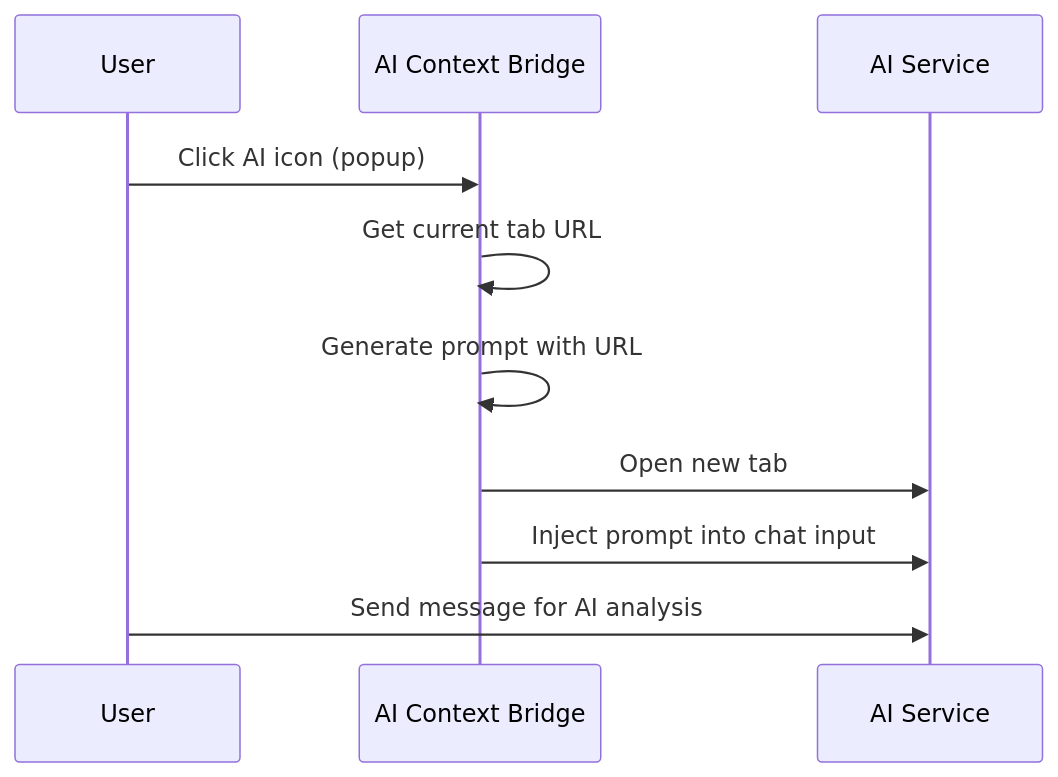
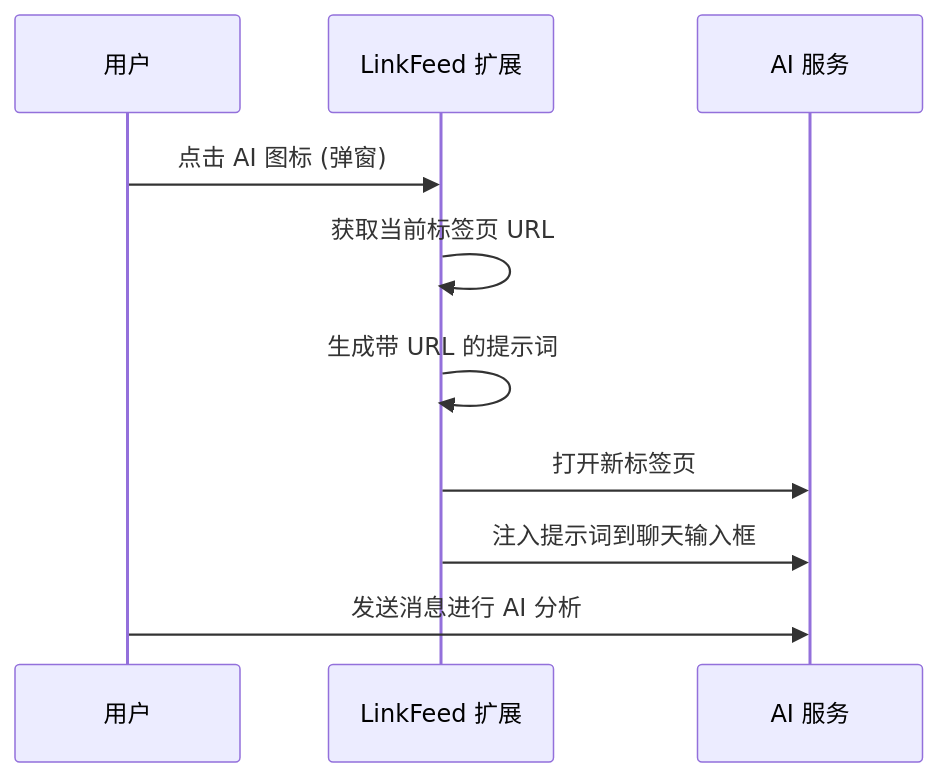
Before and after one commit to huangli1279/linkfeed: the diagram in README.md, drawn with Mermaid. The commit also changed other lines of this file and 34 other files, not shown here.

````diff
--- a/README.md
+++ b/README.md
@@ -24,13 +23,13 @@
 ```mermaid
 sequenceDiagram
-    participant User
-    participant Extension as AI Context Bridge
-    participant AI as AI Service
+    participant User as 用户
+    participant Extension as LinkFeed 扩展
+    participant AI as AI 服务
 
-    User->>Extension: Click AI icon (popup)
-    Extension->>Extension: Get current tab URL
-    Extension->>Extension: Generate prompt with URL
-    Extension->>AI: Open new tab
-    Extension->>AI: Inject prompt into chat input
-    User->>AI: Send message for AI analysis
+    User->>Extension: 点击 AI 图标 (弹窗)
+    Extension->>Extension: 获取当前标签页 URL
+    Extension->>Extension: 生成带 URL 的提示词
+    Extension->>AI: 打开新标签页
+    Extension->>AI: 注入提示词到聊天输入框
+    User->>AI: 发送消息进行 AI 分析
 ```
````
